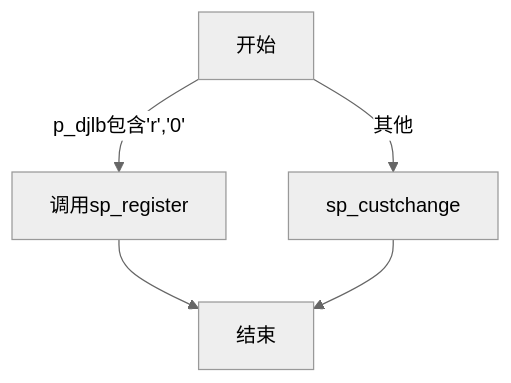
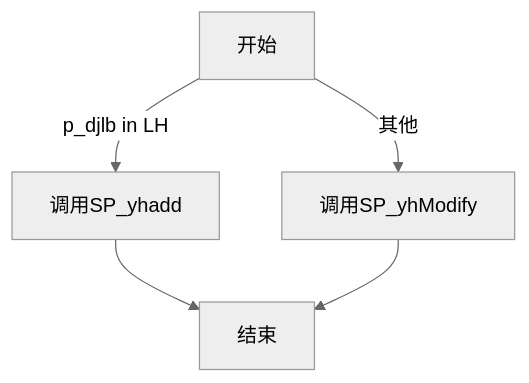
Before and after one commit to liuwentao001/20201001HRBZLS: the second of 51 diagrams in 02.业务梳理流程图简化版_v2020.11.md, drawn with Mermaid (neutral theme). The commit also changed other lines of this file and 8 other files, not shown here.

````diff
--- a/02.业务梳理流程图简化版_v2020.11.md
+++ b/02.业务梳理流程图简化版_v2020.11.md
@@ -72,5 +142,5 @@
 ```mermaid
 graph TD
-开始--p_djlb包含'r','0'-->调用sp_register-->结束
-开始--其他-->sp_custchange-->结束
+开始--p_djlb in LH-->调用SP_yhadd-->结束
+开始--其他-->调用SP_yhModify-->结束
 ```
````
